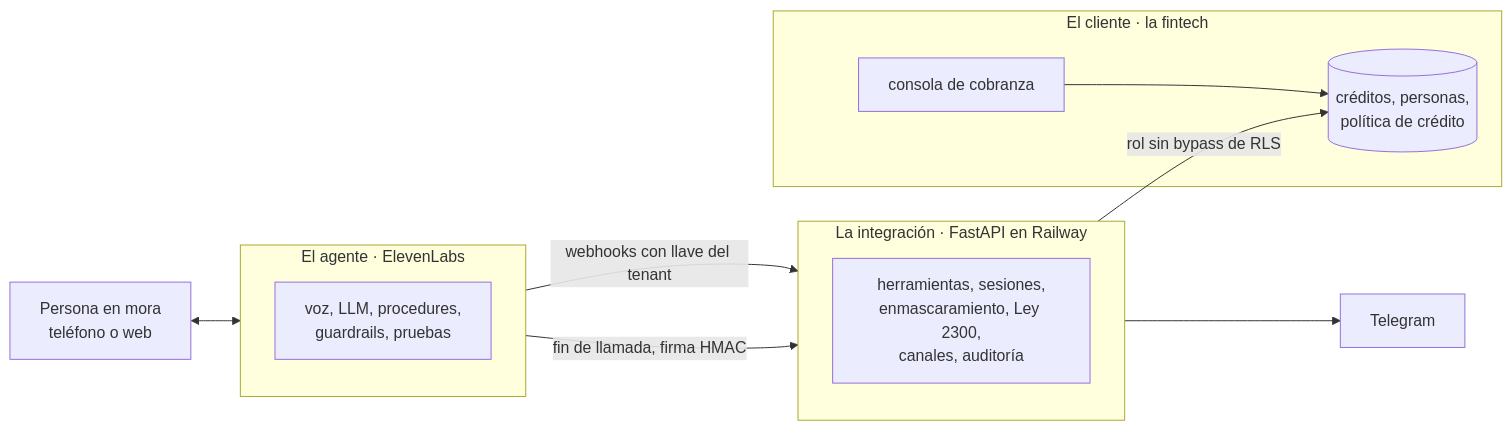
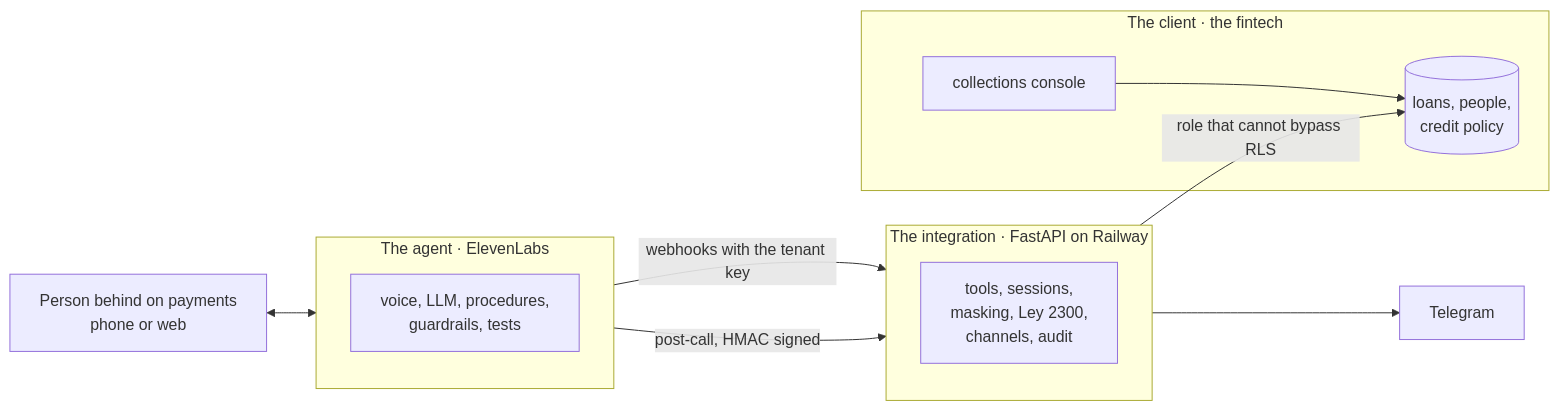
Before and after one commit to AnuarHarb/voice-agent: the first of 2 diagrams in README.md, drawn with Mermaid. The commit also changed other lines of this file, not shown here.

````diff
--- a/README.md
+++ b/README.md
@@ -22,19 +22,19 @@
 ```mermaid
 flowchart LR
-    P[Persona en mora<br/>teléfono o web] <--> A
-    subgraph A[El agente · ElevenLabs]
-      A1[voz, LLM, procedures,<br/>guardrails, pruebas]
+    P[Person behind on payments<br/>phone or web] <--> A
+    subgraph A[The agent · ElevenLabs]
+      A1[voice, LLM, procedures,<br/>guardrails, tests]
     end
-    subgraph I[La integración · FastAPI en Railway]
-      I1[herramientas, sesiones,<br/>enmascaramiento, Ley 2300,<br/>canales, auditoría]
+    subgraph I[The integration · FastAPI on Railway]
+      I1[tools, sessions,<br/>masking, Ley 2300,<br/>channels, audit]
     end
-    subgraph C[El cliente · la fintech]
-      C1[(créditos, personas,<br/>política de crédito)]
-      C2[consola de cobranza]
+    subgraph C[The client · the fintech]
+      C1[(loans, people,<br/>credit policy)]
+      C2[collections console]
     end
-    A -- webhooks con llave del tenant --> I
-    A -- fin de llamada, firma HMAC --> I
-    I -- rol sin bypass de RLS --> C1
+    A -- webhooks with the tenant key --> I
+    A -- post-call, HMAC signed --> I
+    I -- role that cannot bypass RLS --> C1
     I --> T[Telegram]
     C2 --> C1
 ```
````
